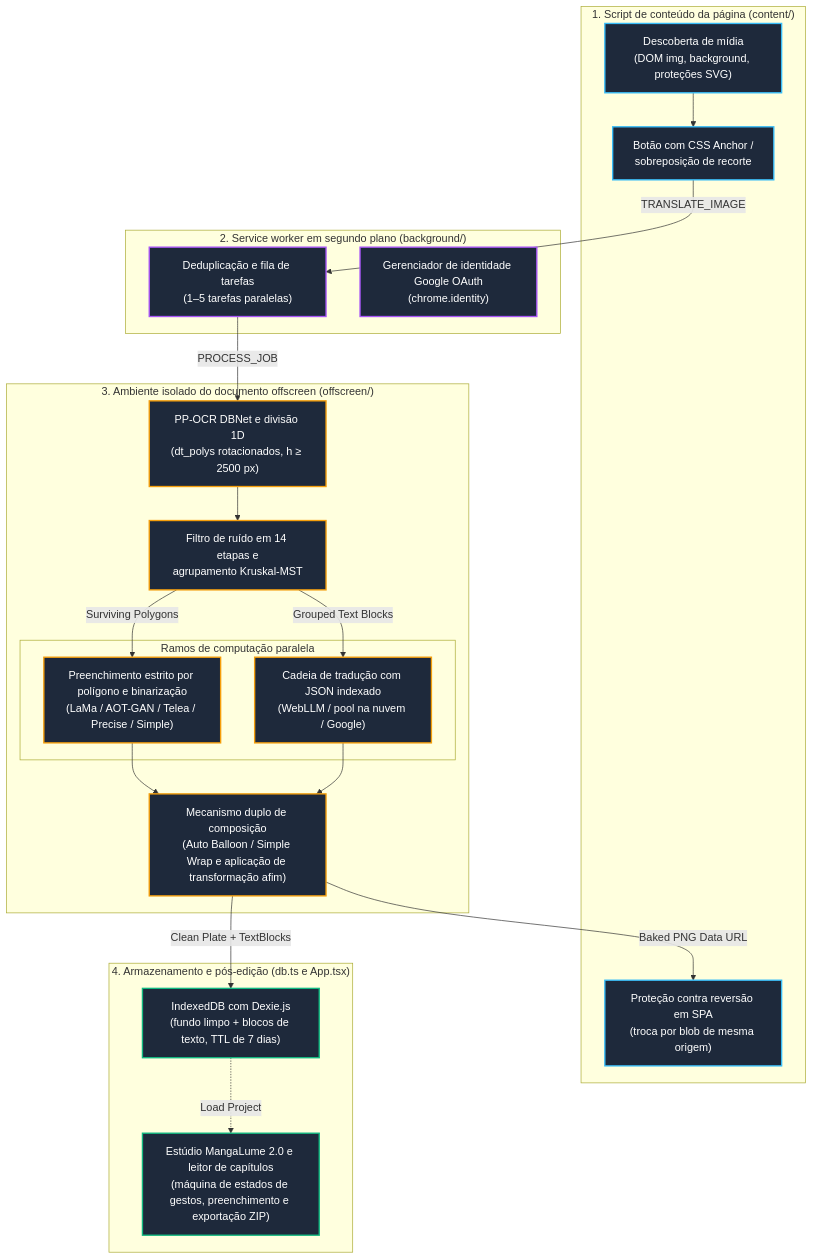
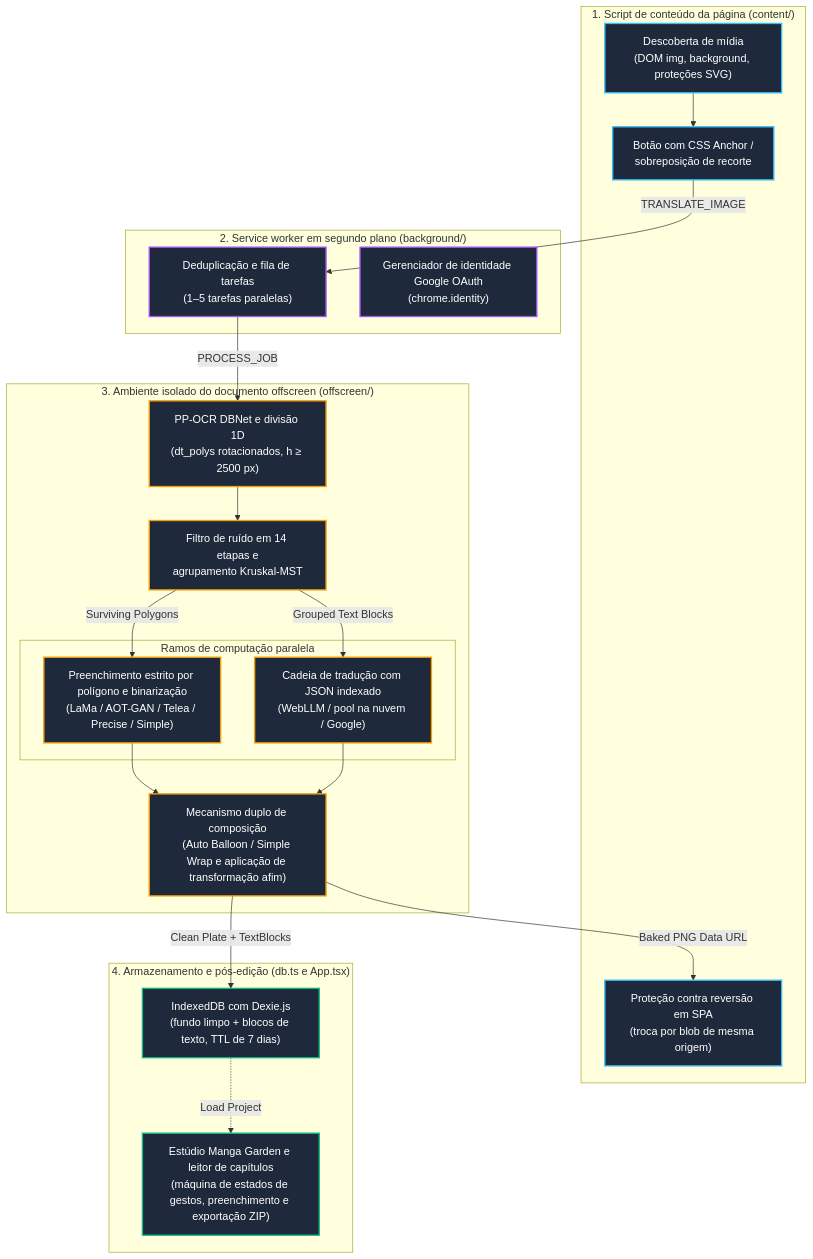
Before and after one commit to jacosncesar/manga-garden: the diagram in docs/README.md, drawn with Mermaid. The commit also changed other lines of this file and 195 other files, not shown here.

````diff
--- a/docs/README.md
+++ b/docs/README.md
@@ -9,47 +9,47 @@
 ```mermaid
 flowchart TD
     classDef web fill:#1e293b,stroke:#38bdf8,stroke-width:2px,color:#fff;
     classDef worker fill:#1e293b,stroke:#a855f7,stroke-width:2px,color:#fff;
     classDef offscreen fill:#1e293b,stroke:#f59e0b,stroke-width:2px,color:#fff;
     classDef storage fill:#1e293b,stroke:#10b981,stroke-width:2px,color:#fff;
 
     subgraph ContentScript["1. Script de conteúdo da página (content/)"]
         DOMImg["Descoberta de mídia<br/>(DOM img, background, proteções SVG)"]:::web
         HoverBtn["Botão com CSS Anchor /<br/>sobreposição de recorte"]:::web
         DOMSwap["Proteção contra reversão em SPA<br/>(troca por blob de mesma origem)"]:::web
     end
 
     subgraph BackgroundWorker["2. Service worker em segundo plano (background/)"]
         JobQueue["Deduplicação e fila de tarefas<br/>(1–5 tarefas paralelas)"]:::worker
         AuthToken["Gerenciador de identidade Google OAuth<br/>(chrome.identity)"]:::worker
     end
 
     subgraph OffscreenRuntime["3. Ambiente isolado do documento offscreen (offscreen/)"]
         OCRDetect["PP-OCR DBNet e divisão 1D<br/>(dt_polys rotacionados, h ≥ 2500 px)"]:::offscreen
         NoiseFilter["Filtro de ruído em 14 etapas e<br/>agrupamento Kruskal-MST"]:::offscreen
         
         subgraph ParallelCompute["Ramos de computação paralela"]
             InpaintEng["Preenchimento estrito por polígono e binarização<br/>(LaMa / AOT-GAN / Telea / Precise / Simple)"]:::offscreen
             TransWaterfall["Cadeia de tradução com JSON indexado<br/>(WebLLM / pool na nuvem / Google)"]:::offscreen
         end
 
         Typesetter["Mecanismo duplo de composição<br/>(Auto Balloon / Simple Wrap e aplicação de transformação afim)"]:::offscreen
     end
 
     subgraph StorageLayer["4. Armazenamento e pós-edição (db.ts e App.tsx)"]
         IndexedDB["IndexedDB com Dexie.js<br/>(fundo limpo + blocos de texto, TTL de 7 dias)"]:::storage
-        StudioApp["Estúdio MangaLume 2.0 e leitor de capítulos<br/>(máquina de estados de gestos, preenchimento e exportação ZIP)"]:::storage
+        StudioApp["Estúdio Manga Garden e leitor de capítulos<br/>(máquina de estados de gestos, preenchimento e exportação ZIP)"]:::storage
     end
 
     DOMImg --> HoverBtn
     HoverBtn -->|TRANSLATE_IMAGE| JobQueue
     JobQueue -->|PROCESS_JOB| OCRDetect
     OCRDetect --> NoiseFilter
     NoiseFilter -->|Surviving Polygons| InpaintEng
     NoiseFilter -->|Grouped Text Blocks| TransWaterfall
     InpaintEng --> Typesetter
     TransWaterfall --> Typesetter
     Typesetter -->|Clean Plate + TextBlocks| IndexedDB
     Typesetter -->|Baked PNG Data URL| DOMSwap
     IndexedDB -.->|Load Project| StudioApp
 ```
````
